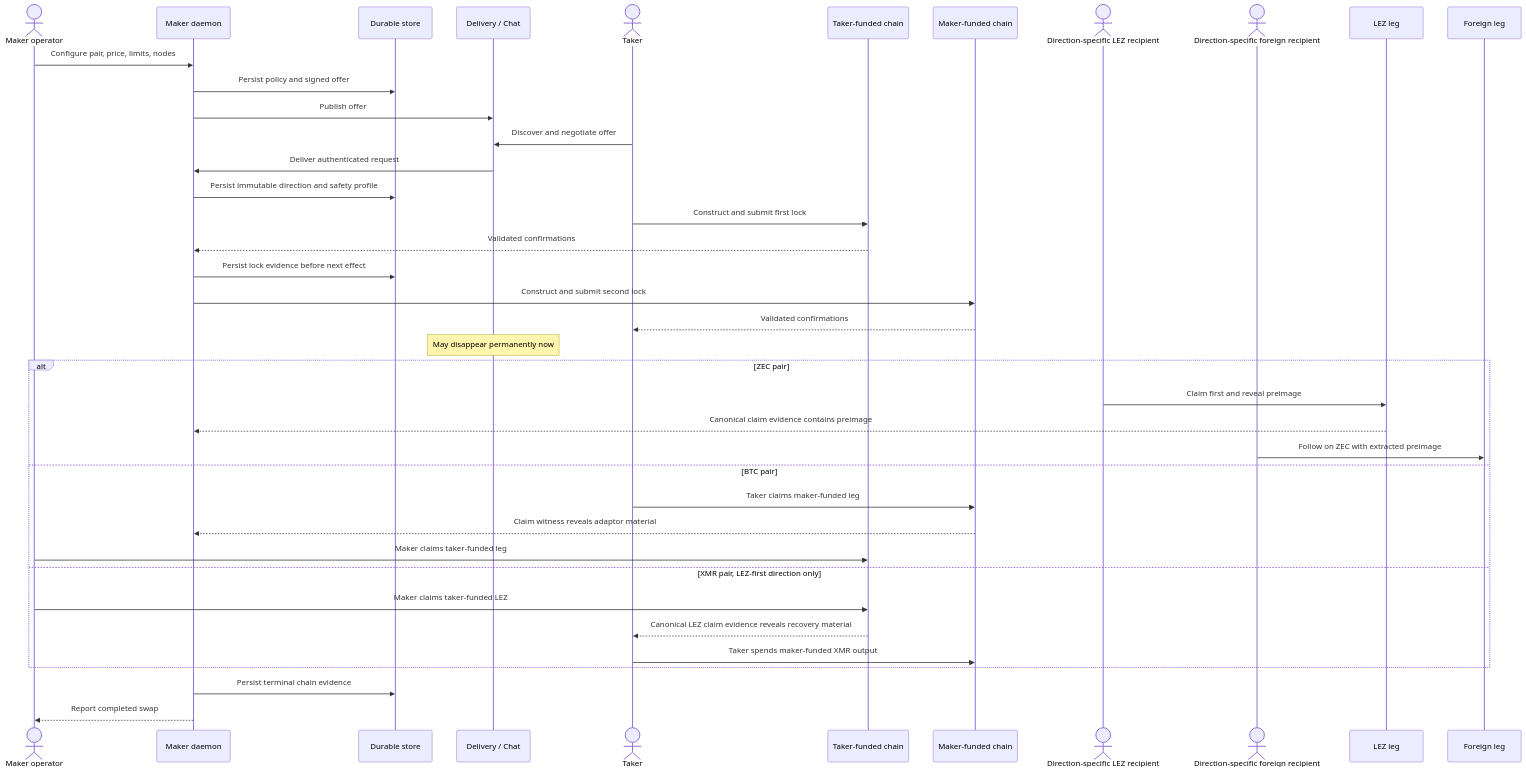
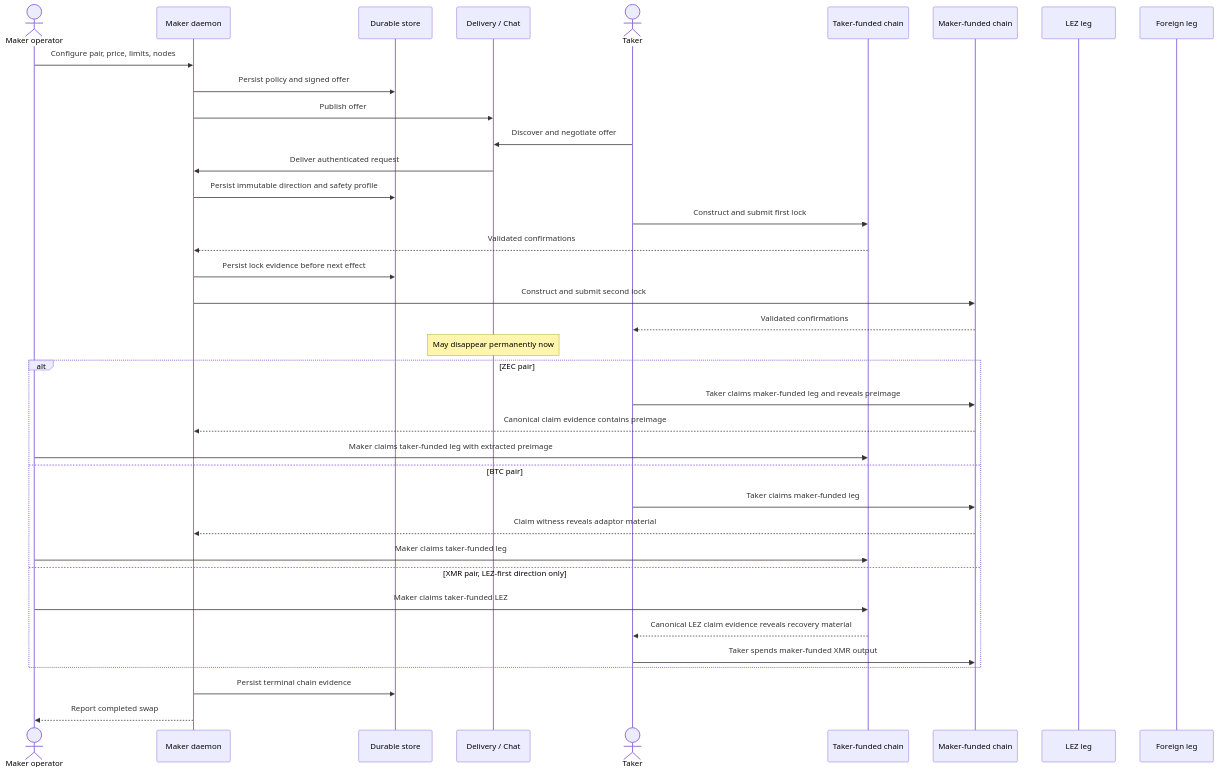
Before and after one commit to gateway-fm/lez-atomic-swaps: diagram 21 of 25 in docs/architecture/system-architecture.md, drawn with Mermaid. The commit also changed other lines of this file and 14 other files, not shown here.

Commit message:
docs: ADR 0216, ZEC follows the common flow; deviation from RFP-003 F4 in TakerSellsLez

````diff
--- a/docs/architecture/system-architecture.md
+++ b/docs/architecture/system-architecture.md
@@ -2236,42 +2247,40 @@
 ```mermaid
 sequenceDiagram
     actor Maker as Maker operator
     participant Daemon as Maker daemon
     participant Store as Durable store
     participant Chat as Delivery / Chat
     actor Taker
     participant TakerLeg as Taker-funded chain
     participant MakerLeg as Maker-funded chain
-    actor LezRecipient as Direction-specific LEZ recipient
-    actor ForeignRecipient as Direction-specific foreign recipient
     participant LEZ as LEZ leg
     participant Foreign as Foreign leg
 
     Maker->>Daemon: Configure pair, price, limits, nodes
     Daemon->>Store: Persist policy and signed offer
     Daemon->>Chat: Publish offer
     Taker->>Chat: Discover and negotiate offer
     Chat->>Daemon: Deliver authenticated request
     Daemon->>Store: Persist immutable direction and safety profile
     Taker->>TakerLeg: Construct and submit first lock
     TakerLeg-->>Daemon: Validated confirmations
     Daemon->>Store: Persist lock evidence before next effect
     Daemon->>MakerLeg: Construct and submit second lock
     MakerLeg-->>Taker: Validated confirmations
     Note over Chat: May disappear permanently now
     alt ZEC pair
-        LezRecipient->>LEZ: Claim first and reveal preimage
-        LEZ-->>Daemon: Canonical claim evidence contains preimage
-        ForeignRecipient->>Foreign: Follow on ZEC with extracted preimage
+        Taker->>MakerLeg: Taker claims maker-funded leg and reveals preimage
+        MakerLeg-->>Daemon: Canonical claim evidence contains preimage
+        Maker->>TakerLeg: Maker claims taker-funded leg with extracted preimage
     else BTC pair
         Taker->>MakerLeg: Taker claims maker-funded leg
         MakerLeg-->>Daemon: Claim witness reveals adaptor material
         Maker->>TakerLeg: Maker claims taker-funded leg
     else XMR pair, LEZ-first direction only
         Maker->>TakerLeg: Maker claims taker-funded LEZ
         TakerLeg-->>Taker: Canonical LEZ claim evidence reveals recovery material
         Taker->>MakerLeg: Taker spends maker-funded XMR output
     end
     Daemon->>Store: Persist terminal chain evidence
     Daemon-->>Maker: Report completed swap
 ```
````
